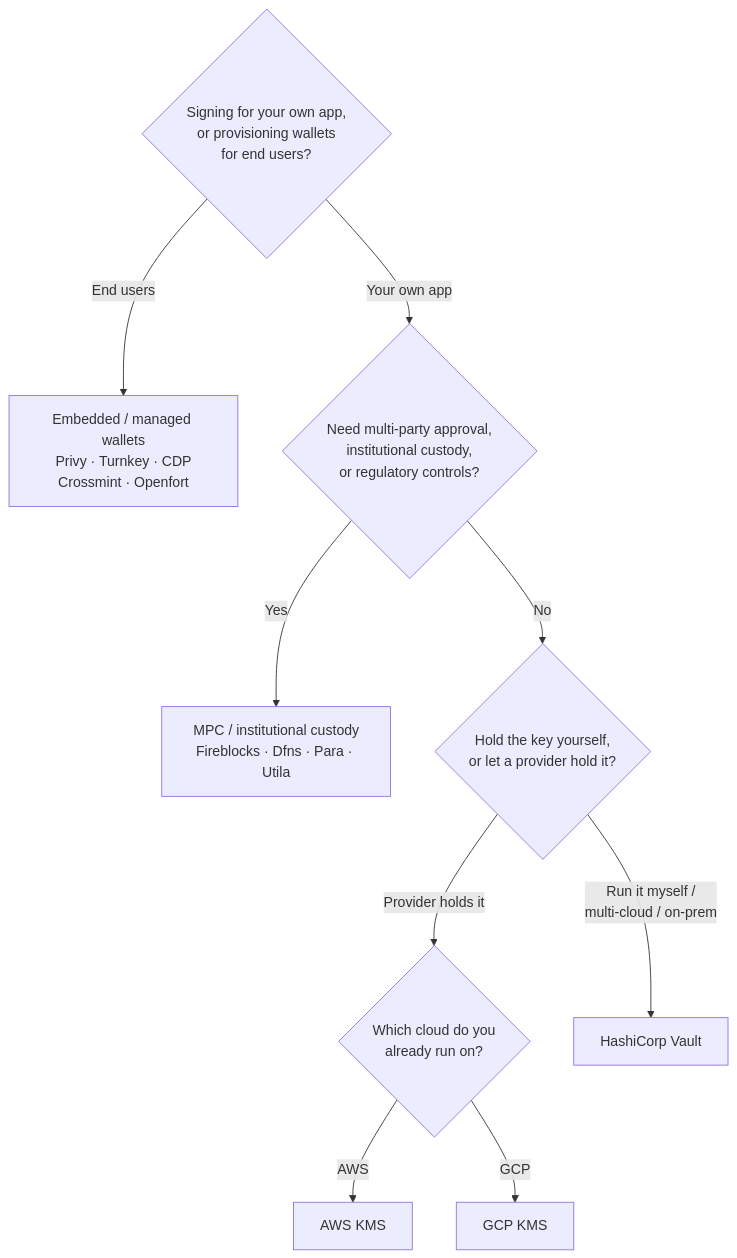
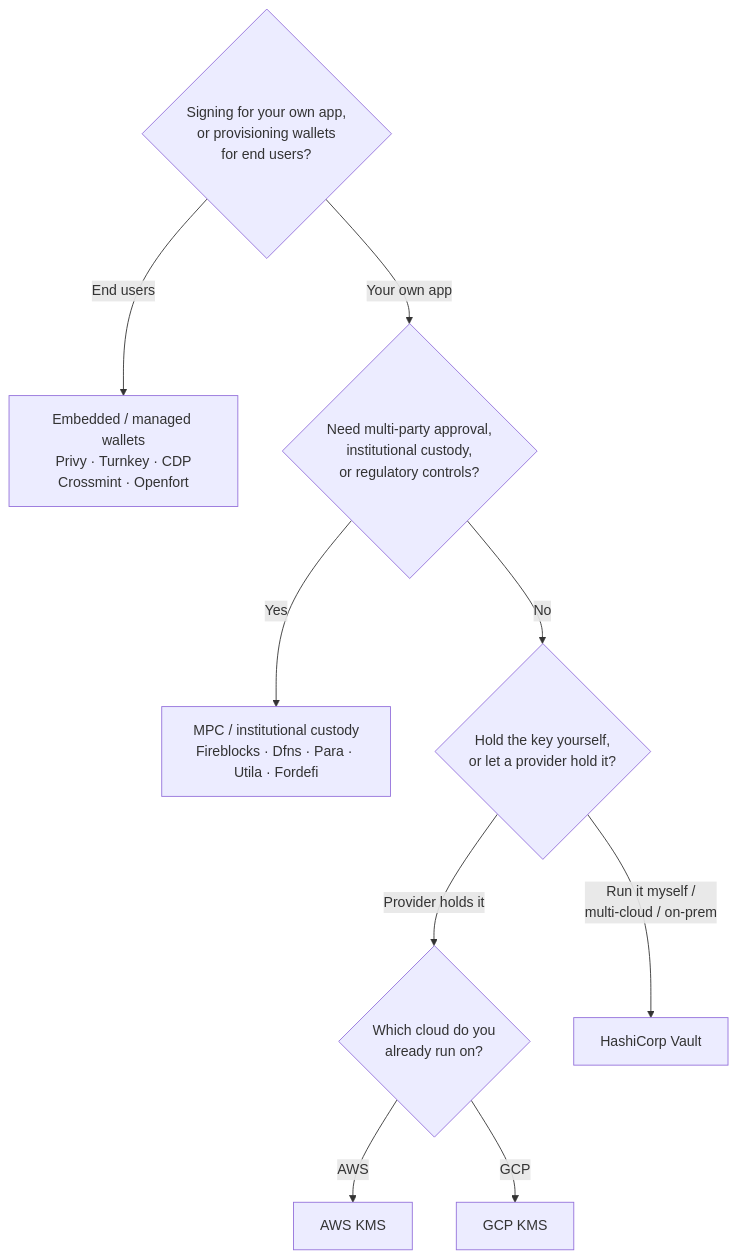
One commit to solana-foundation/solana-com changed the diagram in apps/docs/content/docs/en/tools/keychain/choosing-a-backend.mdx. Above: the diagram before and after it, drawn with Mermaid. The commit also changed other lines of this file and 3 other files, not shown here.

````diff
--- a/apps/docs/content/docs/en/tools/keychain/choosing-a-backend.mdx
+++ b/apps/docs/content/docs/en/tools/keychain/choosing-a-backend.mdx
@@ -32,12 +32,12 @@
 ```mermaid title="Choosing a Keychain backend"
 flowchart TD
     Start{Signing for your own app,<br/>or provisioning wallets<br/>for end users?}
     Start -->|End users| Managed[Embedded / managed wallets<br/>Privy · Turnkey · CDP<br/>Crossmint · Openfort]
     Start -->|Your own app| Q2{Need multi-party approval,<br/>institutional custody,<br/>or regulatory controls?}
-    Q2 -->|Yes| MPC[MPC / institutional custody<br/>Fireblocks · Dfns · Para · Utila]
+    Q2 -->|Yes| MPC[MPC / institutional custody<br/>Fireblocks · Dfns · Para · Utila · Fordefi]
     Q2 -->|No| Q3{Hold the key yourself,<br/>or let a provider hold it?}
     Q3 -->|Provider holds it| Q4{Which cloud do you<br/>already run on?}
     Q4 -->|AWS| AWS[AWS KMS]
     Q4 -->|GCP| GCP[GCP KMS]
     Q3 -->|Run it myself /<br/>multi-cloud / on-prem| Vault[HashiCorp Vault]
 ```
````
